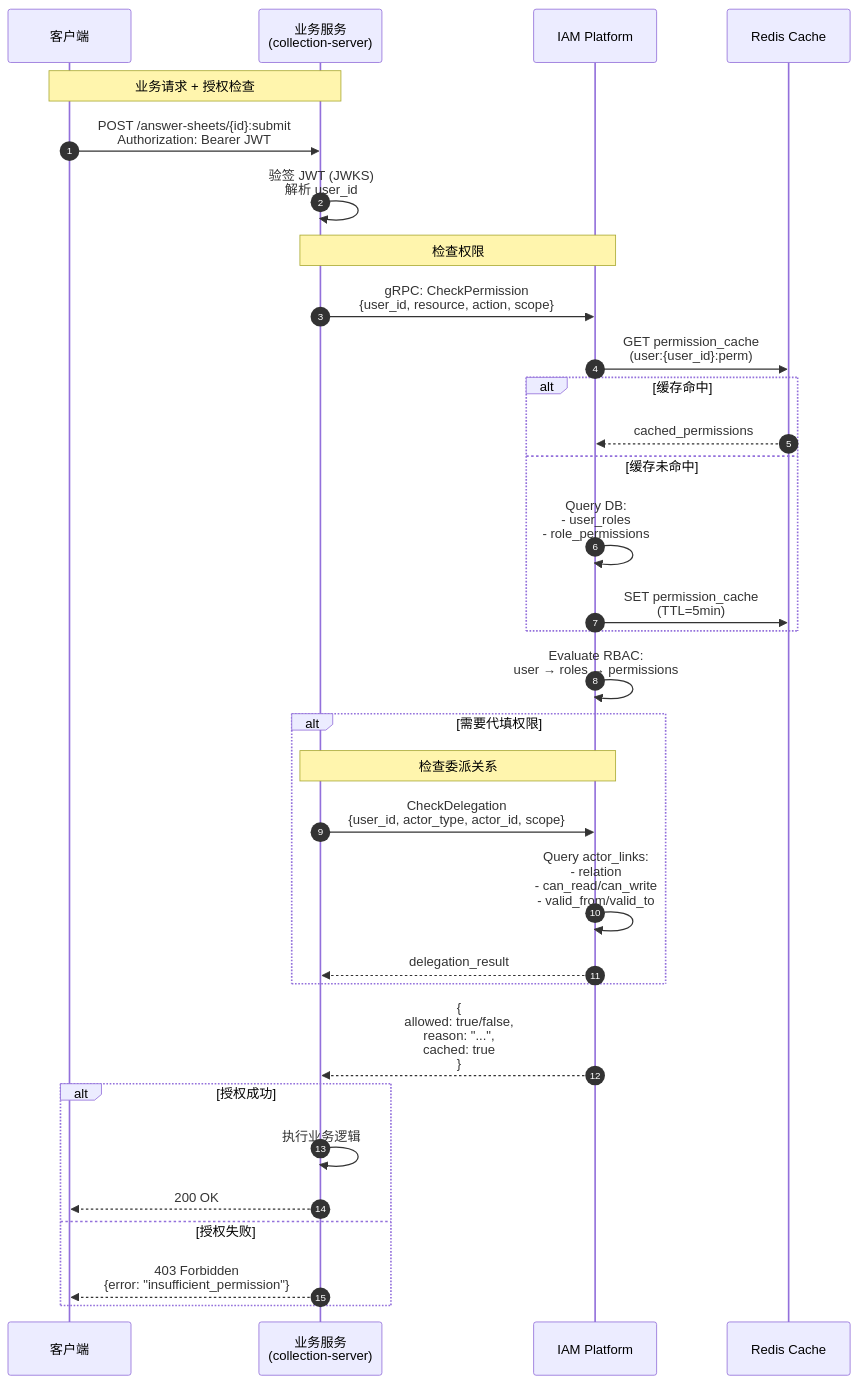
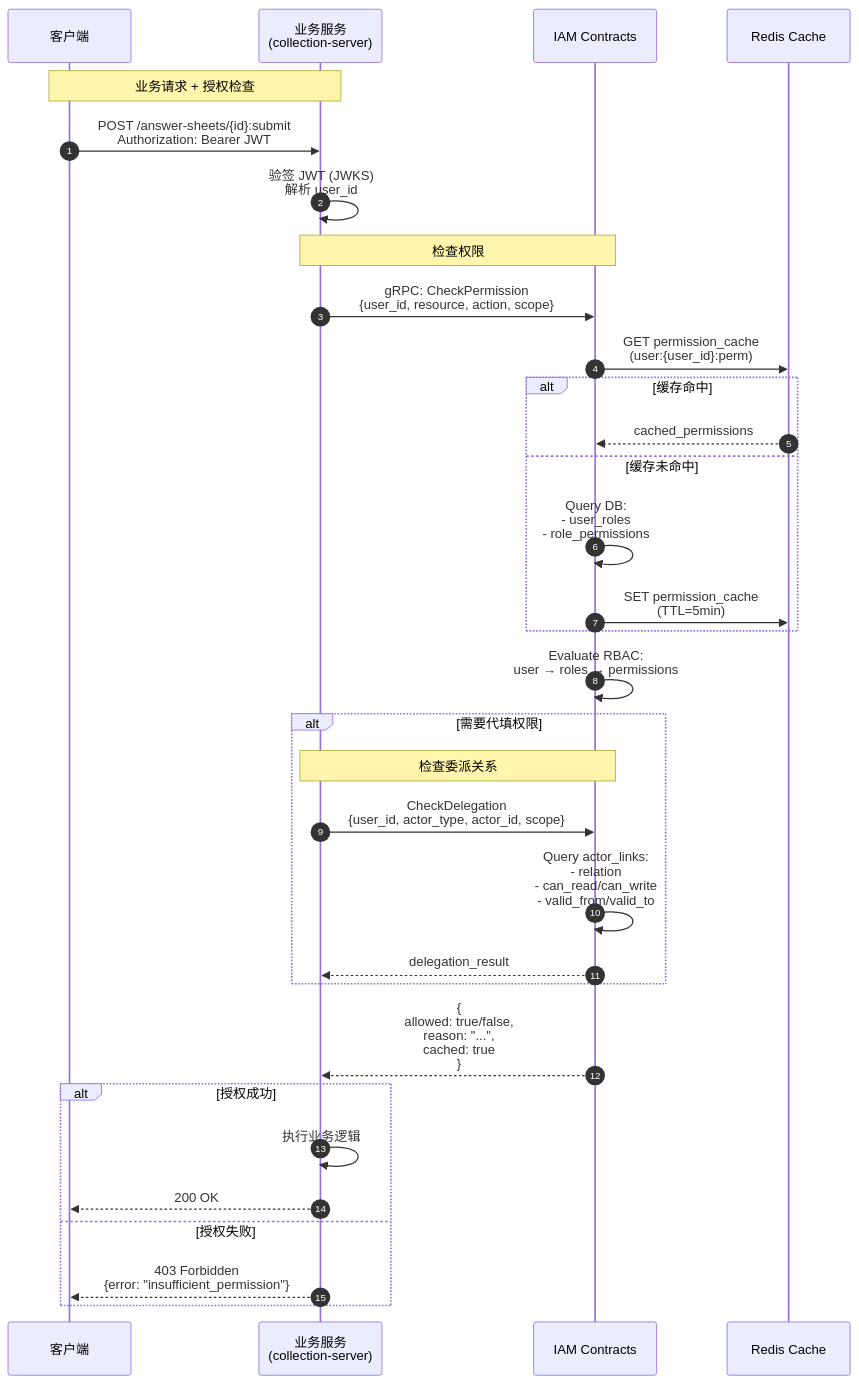
The fifth of 6 diagrams in README.md (FangcunMount/iam-contracts), drawn with Mermaid before and after one commit. The commit also changed other lines of this file, not shown here.

````diff
--- a/README.md
+++ b/README.md
@@ -361,43 +361,43 @@
 ```mermaid
 sequenceDiagram
     autonumber
     participant Client as 客户端
     participant BizSvc as 业务服务<br/>(collection-server)
-    participant IAM as IAM Platform
+    participant IAM as IAM Contracts
     participant Cache as Redis Cache
 
     Note over Client,BizSvc: 业务请求 + 授权检查
     Client->>BizSvc: POST /answer-sheets/{id}:submit<br/>Authorization: Bearer JWT
     
     BizSvc->>BizSvc: 验签 JWT (JWKS)<br/>解析 user_id
     
     Note over BizSvc,IAM: 检查权限
     BizSvc->>IAM: gRPC: CheckPermission<br/>{user_id, resource, action, scope}
     
     IAM->>Cache: GET permission_cache<br/>(user:{user_id}:perm)
     
     alt 缓存命中
         Cache-->>IAM: cached_permissions
     else 缓存未命中
         IAM->>IAM: Query DB:<br/>- user_roles<br/>- role_permissions
         IAM->>Cache: SET permission_cache<br/>(TTL=5min)
     end
     
     IAM->>IAM: Evaluate RBAC:<br/>user → roles → permissions
     
     alt 需要代填权限
         Note over BizSvc,IAM: 检查委派关系
         BizSvc->>IAM: CheckDelegation<br/>{user_id, actor_type, actor_id, scope}
         IAM->>IAM: Query actor_links:<br/>- relation<br/>- can_read/can_write<br/>- valid_from/valid_to
         IAM-->>BizSvc: delegation_result
     end
     
     IAM-->>BizSvc: {<br/>  allowed: true/false,<br/>  reason: "...",<br/>  cached: true<br/>}
     
     alt 授权成功
         BizSvc->>BizSvc: 执行业务逻辑
         BizSvc-->>Client: 200 OK
     else 授权失败
         BizSvc-->>Client: 403 Forbidden<br/>{error: "insufficient_permission"}
     end
 ```
````
